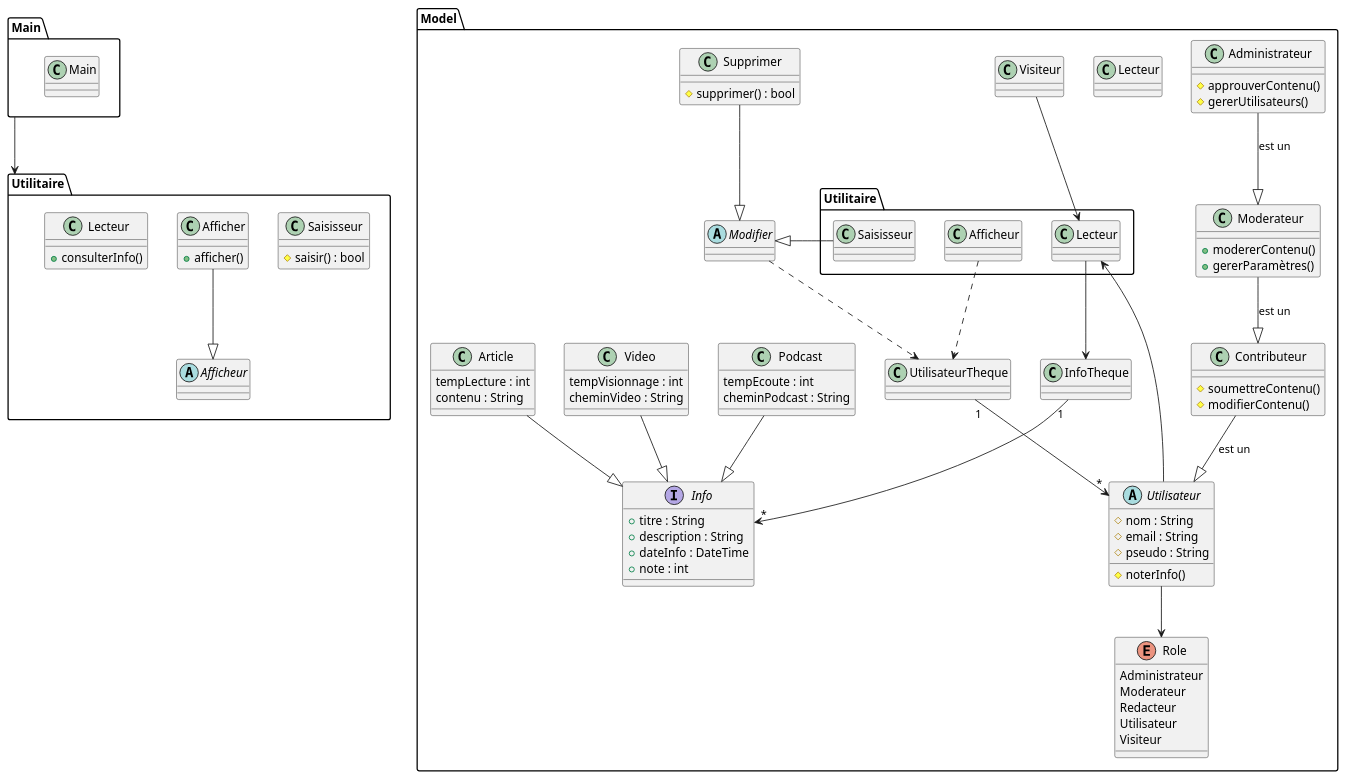
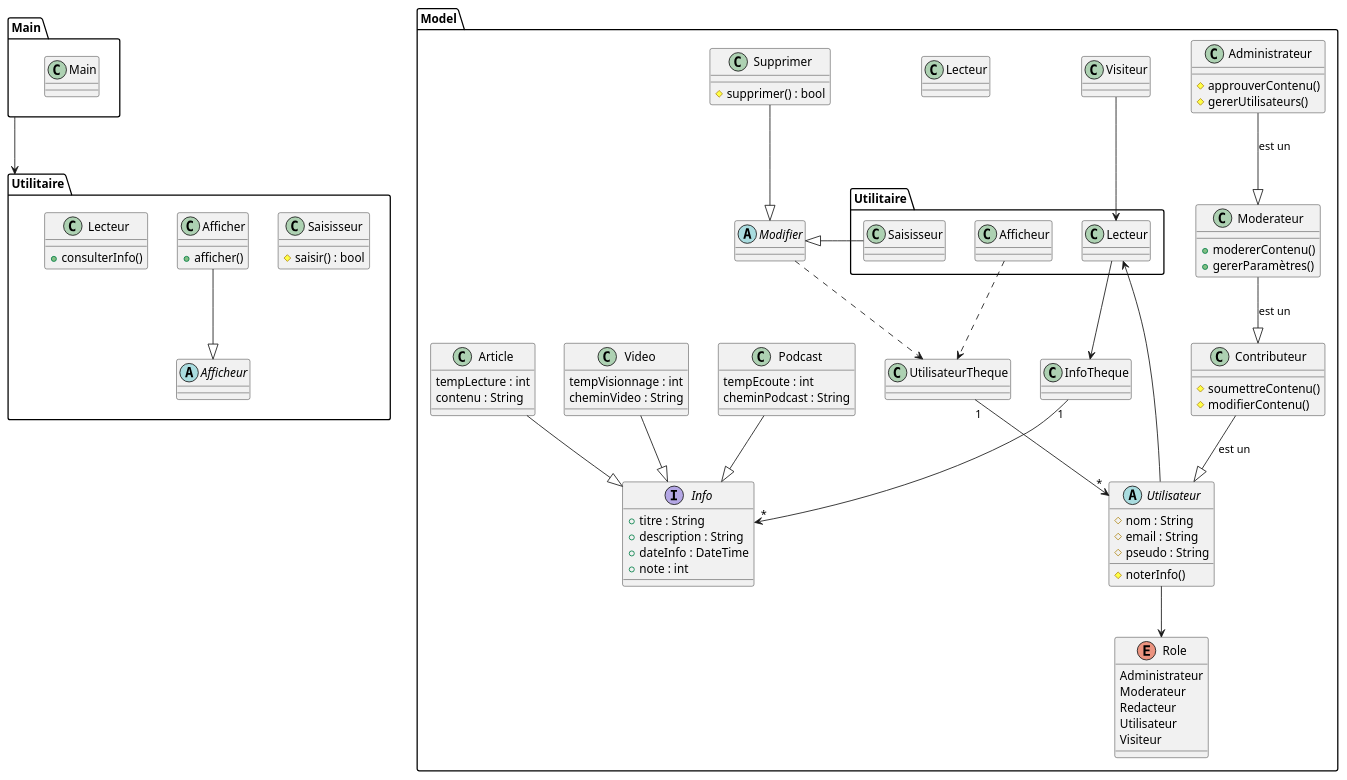
Before and after one commit to tonyfgs/Verax: the diagram in Diagramme/diagrammeClasse.md, drawn with PlantUML. The commit also changed other lines of this file and 1 other file, not shown here.

Commit message:
travail sur le diagramme de classes

```diff
--- a/Diagramme/diagrammeClasse.md
+++ b/Diagramme/diagrammeClasse.md
@@ -12,8 +12,6 @@
         # email : String
         # pseudo : String
         # noterInfo() 
-    }
-    class Lecteur{
     }
     class Contributeur {
         # soumettreContenu()
@@ -29,6 +27,8 @@
     }
     class UtilisateurTheque {
     } 
+    class Lecteur{
+    }
     abstract Modifier {
     }
     class Supprimer {
```
